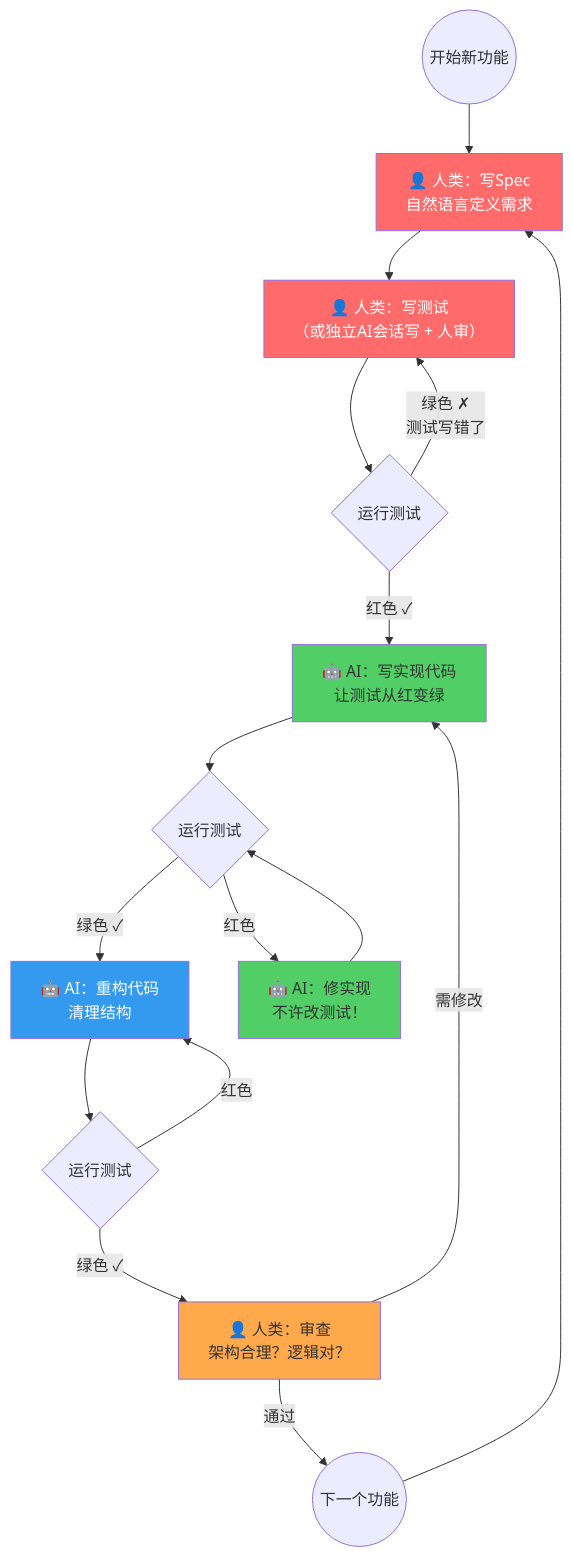
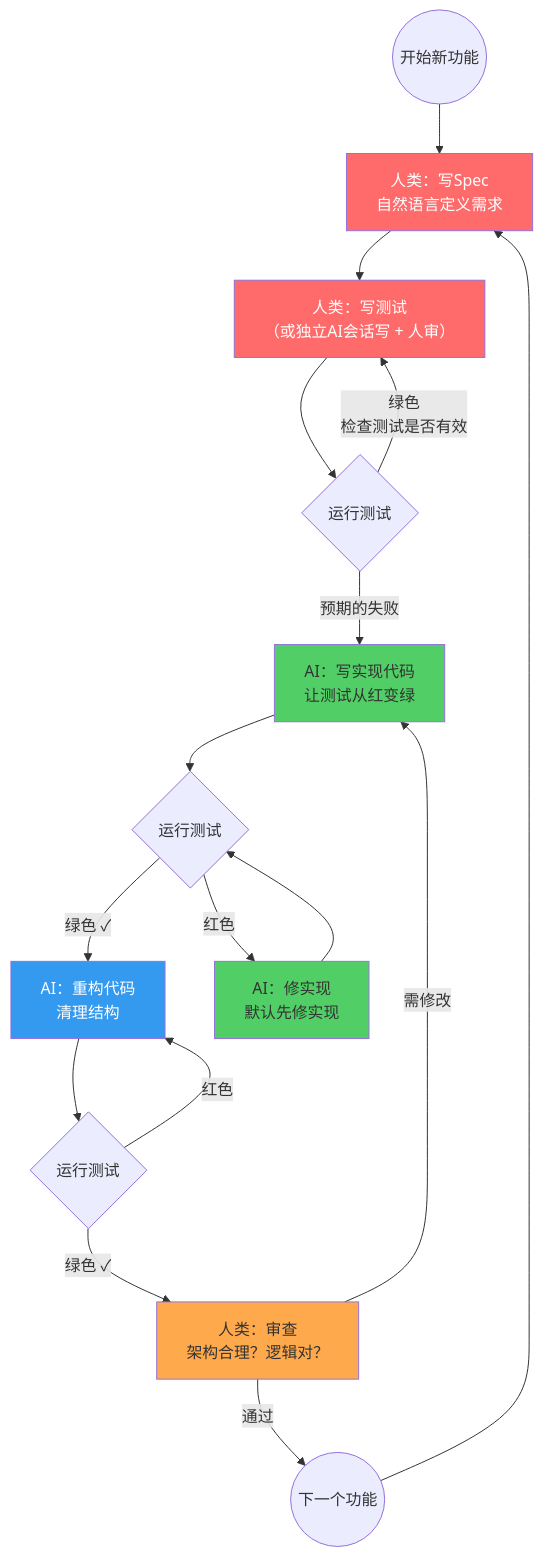
The second of 2 diagrams in diagrams/tdd-cycle.md (linan109/harness-engineering-book), drawn with Mermaid before and after one commit. The commit also changed other lines of this file and 53 other files, not shown here.

````diff
--- a/diagrams/tdd-cycle.md
+++ b/diagrams/tdd-cycle.md
@@ -28,29 +28,29 @@
 ```mermaid
 flowchart TB
-    Start(("开始新功能")) --> WriteSpec["👤 人类：写Spec<br/>自然语言定义需求"]
-    WriteSpec --> WriteTest["👤 人类：写测试<br/>（或独立AI会话写 + 人审）"]
+    Start(("开始新功能")) --> WriteSpec["人类：写Spec<br/>自然语言定义需求"]
+    WriteSpec --> WriteTest["人类：写测试<br/>（或独立AI会话写 + 人审）"]
     WriteTest --> RunTest1{"运行测试"}
-    RunTest1 -->|"红色 ✓"| AskAI["🤖 AI：写实现代码<br/>让测试从红变绿"]
-    RunTest1 -->|"绿色 ✗<br/>测试写错了"| WriteTest
+    RunTest1 -->|"预期的失败"| AskAI["AI：写实现代码<br/>让测试从红变绿"]
+    RunTest1 -->|"绿色<br/>检查测试是否有效"| WriteTest
     
     AskAI --> RunTest2{"运行测试"}
-    RunTest2 -->|"绿色 ✓"| Refactor["🤖 AI：重构代码<br/>清理结构"]
-    RunTest2 -->|"红色"| FixImpl["🤖 AI：修实现<br/>不许改测试！"]
+    RunTest2 -->|"绿色 ✓"| Refactor["AI：重构代码<br/>清理结构"]
+    RunTest2 -->|"红色"| FixImpl["AI：修实现<br/>默认先修实现"]
     FixImpl --> RunTest2
     
     Refactor --> RunTest3{"运行测试"}
-    RunTest3 -->|"绿色 ✓"| Review["👤 人类：审查<br/>架构合理？逻辑对？"]
+    RunTest3 -->|"绿色 ✓"| Review["人类：审查<br/>架构合理？逻辑对？"]
     RunTest3 -->|"红色"| Refactor
     
     Review -->|"通过"| Next(("下一个功能"))
     Review -->|"需修改"| AskAI
     
     Next --> WriteSpec
 
     style WriteSpec fill:#ff6b6b,color:#fff
     style WriteTest fill:#ff6b6b,color:#fff
     style AskAI fill:#51cf66,color:#333
     style Refactor fill:#339af0,color:#fff
     style Review fill:#ffa94d,color:#333
     style FixImpl fill:#51cf66,color:#333
 ```
````
